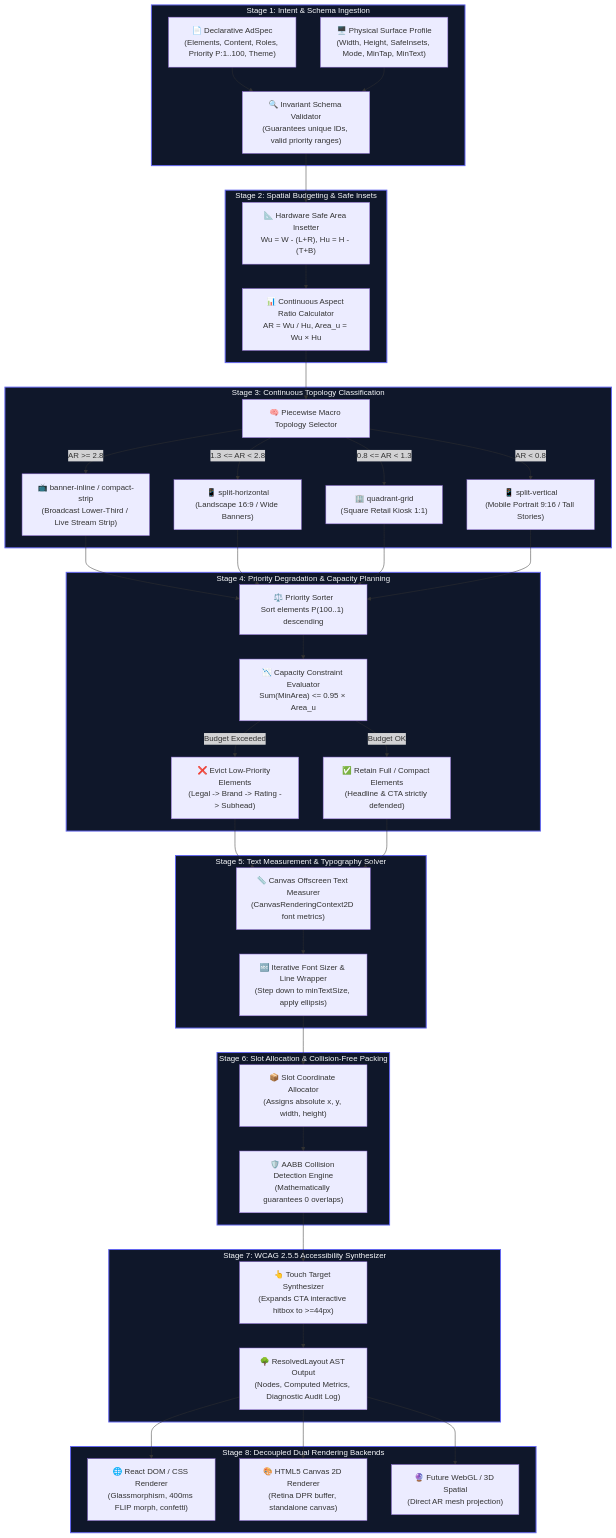
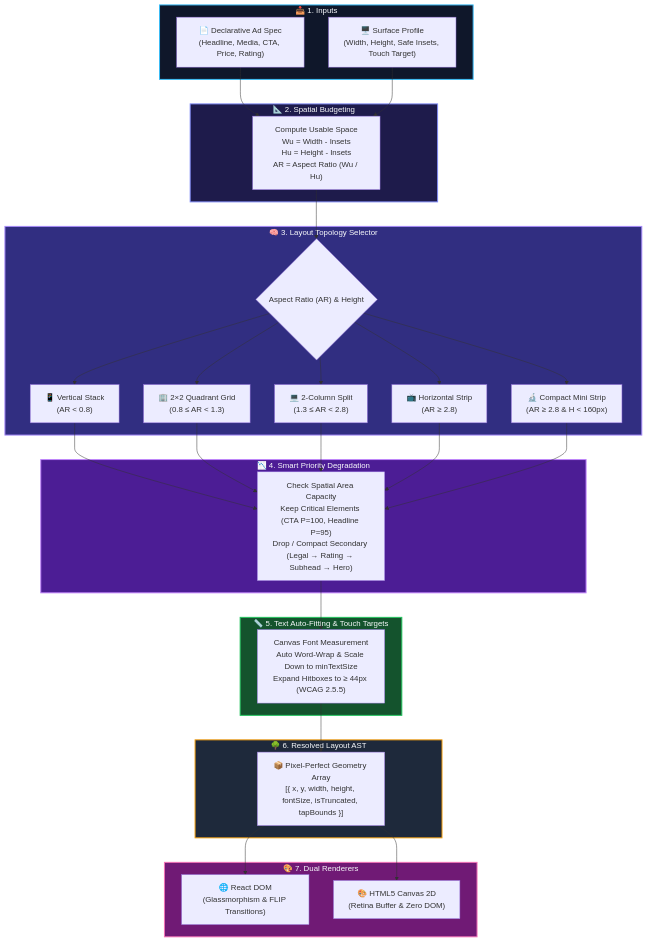
Before and after one commit to ChigurupatiVenkatSaiKiran/flam-adaptive-layout-engine: the diagram in README.md, drawn with Mermaid. The commit also changed other lines of this file and 1 other file, not shown here.

Commit message:
docs: upgrade to intuitive visual pipeline, clear surface wireframes, and degradation hierarchy

````diff
--- a/README.md
+++ b/README.md
@@ -156,53 +156,53 @@
 ```mermaid
 flowchart TD
-    subgraph S1["Stage 1: Intent & Schema Ingestion"]
-        A1["📄 Declarative AdSpec\n(Elements, Content, Roles, Priority P:1..100, Theme)"]
-        A2["🖥️ Physical Surface Profile\n(Width, Height, SafeInsets, Mode, MinTap, MinText)"]
-        A1 & A2 --> A3["🔍 Invariant Schema Validator\n(Guarantees unique IDs, valid priority ranges)"]
+    subgraph Inputs["📥 1. Inputs"]
+        A["📄 Declarative Ad Spec\n(Headline, Media, CTA, Price, Rating)"]
+        B["🖥️ Surface Profile\n(Width, Height, Safe Insets, Touch Target)"]
     end
 
-    subgraph S2["Stage 2: Spatial Budgeting & Safe Insets"]
-        A3 --> B1["📐 Hardware Safe Area Insetter\nWu = W - (L+R), Hu = H - (T+B)"]
-        B1 --> B2["📊 Continuous Aspect Ratio Calculator\nAR = Wu / Hu, Area_u = Wu × Hu"]
+    subgraph Step1["📐 2. Spatial Budgeting"]
+        C["Compute Usable Space\nWu = Width - Insets\nHu = Height - Insets\nAR = Aspect Ratio (Wu / Hu)"]
     end
 
-    subgraph S3["Stage 3: Continuous Topology Classification"]
-        B2 --> C1["🧠 Piecewise Macro Topology Selector"]
-        C1 -->|AR >= 2.8| C2["📺 banner-inline / compact-strip\n(Broadcast Lower-Third / Live Stream Strip)"]
-        C1 -->|1.3 <= AR < 2.8| C3["📱 split-horizontal\n(Landscape 16:9 / Wide Banners)"]
-        C1 -->|0.8 <= AR < 1.3| C4["🏢 quadrant-grid\n(Square Retail Kiosk 1:1)"]
-        C1 -->|AR < 0.8| C5["📱 split-vertical\n(Mobile Portrait 9:16 / Tall Stories)"]
+    subgraph Step2["🧠 3. Layout Topology Selector"]
+        D{"Aspect Ratio (AR) & Height"}
+        D1["📱 Vertical Stack\n(AR < 0.8)"]
+        D2["🏢 2×2 Quadrant Grid\n(0.8 ≤ AR < 1.3)"]
+        D3["💻 2-Column Split\n(1.3 ≤ AR < 2.8)"]
+        D4["📺 Horizontal Strip\n(AR ≥ 2.8)"]
+        D5["🔬 Compact Mini Strip\n(AR ≥ 2.8 & H < 160px)"]
     end
 
-    subgraph S4["Stage 4: Priority Degradation & Capacity Planning"]
-        C2 & C3 & C4 & C5 --> D1["⚖️ Priority Sorter\nSort elements P(100..1) descending"]
-        D1 --> D2["📉 Capacity Constraint Evaluator\nSum(MinArea) <= 0.95 × Area_u"]
-        D2 -->|Budget Exceeded| D3["❌ Evict Low-Priority Elements\n(Legal -> Brand -> Rating -> Subhead)"]
-        D2 -->|Budget OK| D4["✅ Retain Full / Compact Elements\n(Headline & CTA strictly defended)"]
+    subgraph Step3["📉 4. Smart Priority Degradation"]
+        E["Check Spatial Area Capacity\nKeep Critical Elements (CTA P=100, Headline P=95)\nDrop / Compact Secondary (Legal → Rating → Subhead → Hero)"]
     end
 
-    subgraph S5["Stage 5: Text Measurement & Typography Solver"]
-        D3 & D4 --> E1["📏 Canvas Offscreen Text Measurer\n(CanvasRenderingContext2D font metrics)"]
-        E1 --> E2["🔤 Iterative Font Sizer & Line Wrapper\n(Step down to minTextSize, apply ellipsis)"]
+    subgraph Step4["📏 5. Text Auto-Fitting & Touch Targets"]
+        F["Canvas Font Measurement\nAuto Word-Wrap & Scale Down to minTextSize\nExpand Hitboxes to ≥ 44px (WCAG 2.5.5)"]
     end
 
-    subgraph S6["Stage 6: Slot Allocation & Collision-Free Packing"]
-        E2 --> F1["📦 Slot Coordinate Allocator\n(Assigns absolute x, y, width, height)"]
-        F1 --> F2["🛡️ AABB Collision Detection Engine\n(Mathematically guarantees 0 overlaps)"]
+    subgraph Output["🌳 6. Resolved Layout AST"]
+        G["📦 Pixel-Perfect Geometry Array\n[{ x, y, width, height, fontSize, isTruncated, tapBounds }]"]
     end
 
-    subgraph S7["Stage 7: WCAG 2.5.5 Accessibility Synthesizer"]
-        F2 --> G1["👆 Touch Target Synthesizer\n(Expands CTA interactive hitbox to >=44px)"]
-        G1 --> G2["🌳 ResolvedLayout AST Output\n(Nodes, Computed Metrics, Diagnostic Audit Log)"]
+    subgraph Renderers["🎨 7. Dual Renderers"]
+        H["🌐 React DOM\n(Glassmorphism & FLIP Transitions)"]
+        I["🎨 HTML5 Canvas 2D\n(Retina Buffer & Zero DOM)"]
     end
 
-    subgraph S8["Stage 8: Decoupled Dual Rendering Backends"]
-        G2 --> H1["🌐 React DOM / CSS Renderer\n(Glassmorphism, 400ms FLIP morph, confetti)"]
-        G2 --> H2["🎨 HTML5 Canvas 2D Renderer\n(Retina DPR buffer, standalone canvas)"]
-        G2 --> H3["🔮 Future WebGL / 3D Spatial\n(Direct AR mesh projection)"]
-    end
+    A & B --> C
+    C --> D
+    D --> D1 & D2 & D3 & D4 & D5
+    D1 & D2 & D3 & D4 & D5 --> E
+    E --> F
+    F --> G
+    G --> H & I
 
-    classDef stageStyle fill:#0f172a,stroke:#6366f1,stroke-width:2px,color:#f8fafc;
-    classDef nodeStyle fill:#1e1b4b,stroke:#818cf8,stroke-width:1px,color:#e0e7ff;
-    class S1,S2,S3,S4,S5,S6,S7,S8 stageStyle;
+    style Inputs fill:#0f172a,stroke:#38bdf8,stroke-width:2px,color:#f8fafc
+    style Step1 fill:#1e1b4b,stroke:#818cf8,stroke-width:2px,color:#f8fafc
+    style Step2 fill:#312e81,stroke:#a78bfa,stroke-width:2px,color:#f8fafc
+    style Step3 fill:#4c1d95,stroke:#c084fc,stroke-width:2px,color:#f8fafc
+    style Step4 fill:#14532d,stroke:#22c55e,stroke-width:2px,color:#f8fafc
+    style Output fill:#1e293b,stroke:#f59e0b,stroke-width:2px,color:#f8fafc
+    style Renderers fill:#701a75,stroke:#f472b6,stroke-width:2px,color:#f8fafc
 ```
````
